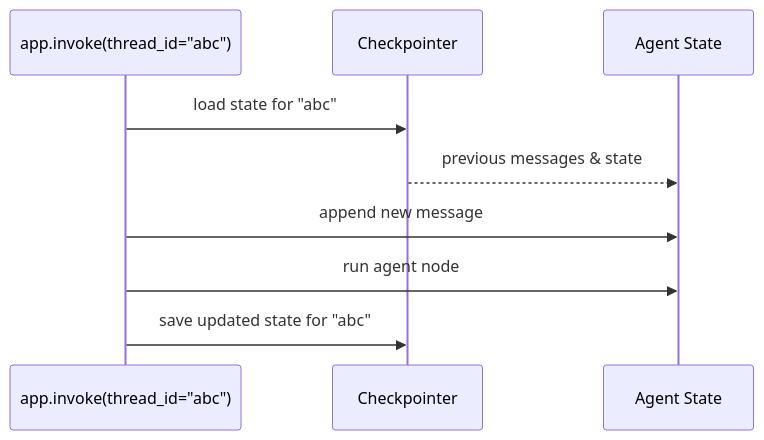
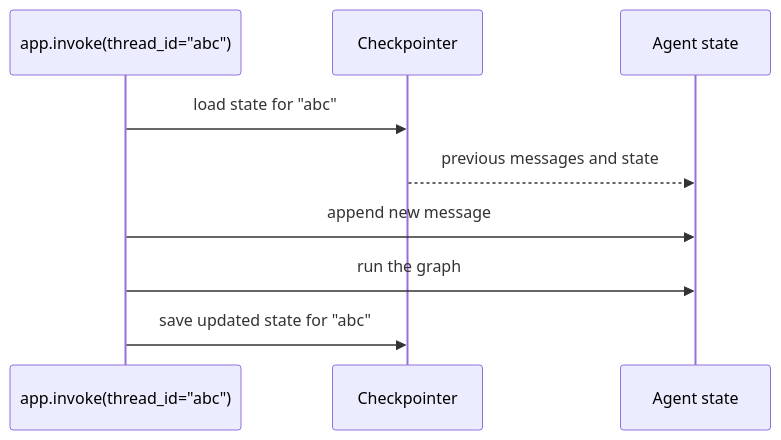
One commit to 10xHub/agentflow-docs changed the diagram in src/content/docs/get-started/tutorial/threads-and-memory.md. Above: the diagram before and after it, drawn with Mermaid. The commit also changed other lines of this file and 130 other files, not shown here.

````diff
--- a/src/content/docs/get-started/tutorial/threads-and-memory.md
+++ b/src/content/docs/get-started/tutorial/threads-and-memory.md
@@ -20,12 +34,12 @@
 ```mermaid
 sequenceDiagram
   participant App as app.invoke(thread_id="abc")
   participant Checkpointer as Checkpointer
-  participant State as Agent State
+  participant State as Agent state
 
   App->>Checkpointer: load state for "abc"
-  Checkpointer-->>State: previous messages & state
+  Checkpointer-->>State: previous messages and state
   App->>State: append new message
-  App->>State: run agent node
+  App->>State: run the graph
   App->>Checkpointer: save updated state for "abc"
 ```
````
